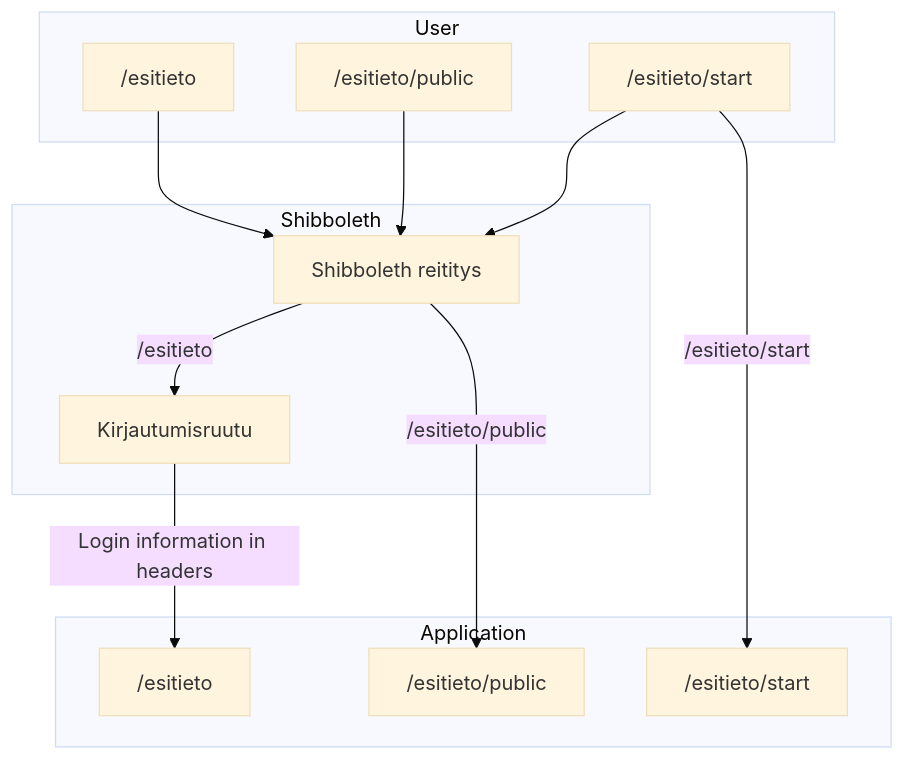
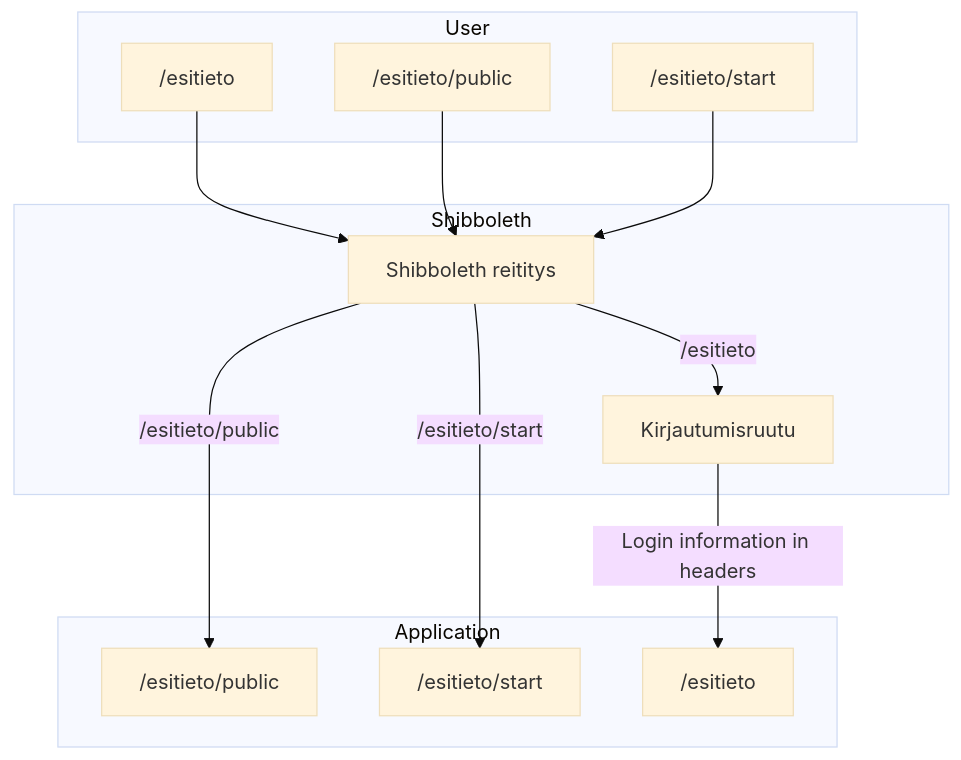
One commit to Kurssiesitieto/kurssiesitieto-ohtuprojekti changed the diagram in documentation/developer/shibboleth.md. Above: the diagram before and after it, drawn with Mermaid (base theme).

````diff
--- a/documentation/developer/shibboleth.md
+++ b/documentation/developer/shibboleth.md
@@ -5,19 +5,19 @@
 ```mermaid
 flowchart TD
     subgraph User
     A["/esitieto"]
     B["/esitieto/public"]
     C["/esitieto/start"]
     end
     subgraph Shibboleth
     A --> D[Shibboleth reititys]
     B --> D
     C --> D
     D --"/esitieto"--> E["Kirjautumisruutu"]
     end
     subgraph Application
     D --"/esitieto/public"--> G["/esitieto/public"]
-    C -- "/esitieto/start" --> H["/esitieto/start"]
+    D -- "/esitieto/start" --> H["/esitieto/start"]
     E --"Login information in headers"--> F["/esitieto"]
     end
 ```
````
